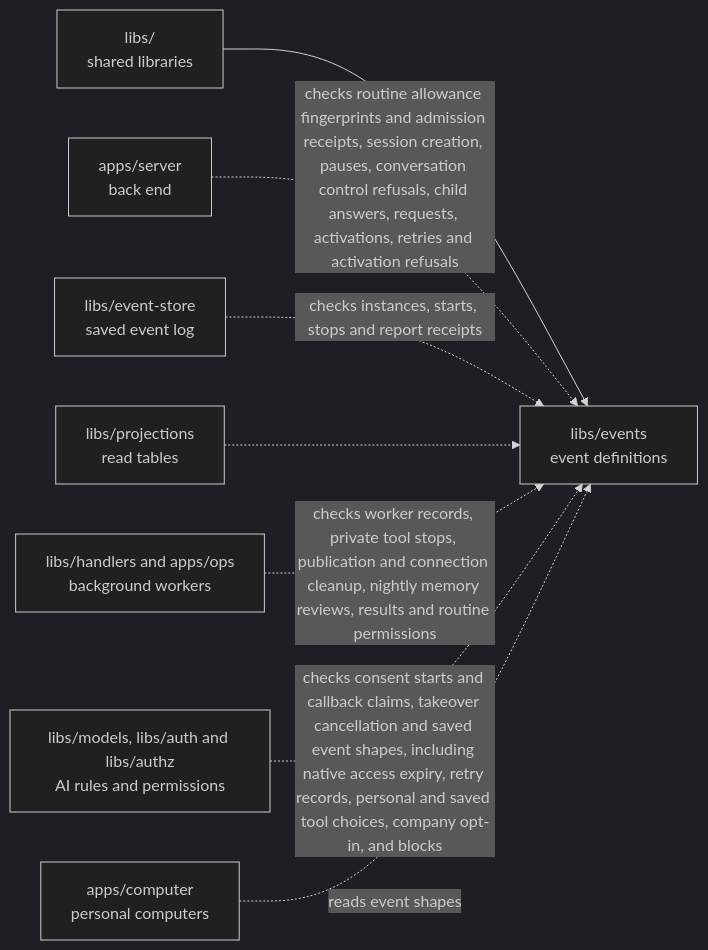
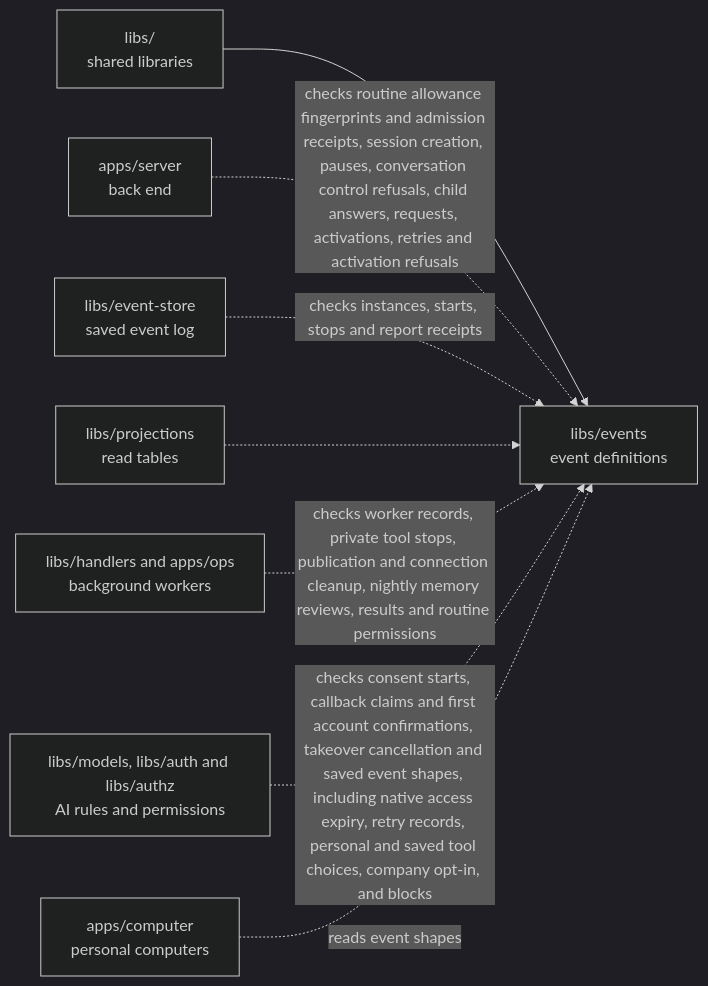
Before and after one commit to elewa-git/opencrane-new: the diagram in libs/events/README.md, drawn with Mermaid (dark theme). The commit also changed other lines of this file and 10 other files, not shown here.

First line of the commit message:
🔑 The first OAuth account generation is saved only after verification and fenced against access changes (#774)

````diff
--- a/libs/events/README.md
+++ b/libs/events/README.md
@@ -28,10 +28,10 @@
 ```mermaid
 flowchart LR
   parent["libs/<br/>shared libraries"] --> events["libs/events<br/>event definitions"]
   server["apps/server<br/>back end"] -.->|checks routine allowance fingerprints and admission receipts, session creation, pauses, conversation control refusals, child answers, requests, activations, retries and activation refusals| events
   store["libs/event-store<br/>saved event log"] -.->|checks instances, starts, stops and report receipts| events
   projections["libs/projections<br/>read tables"] -.-> events
   workers["libs/handlers and apps/ops<br/>background workers"] -.->|checks worker records, private tool stops, publication and connection cleanup, nightly memory reviews, results and routine permissions| events
-  models["libs/models, libs/auth and libs/authz<br/>AI rules and permissions"] -.->|checks consent starts and callback claims, takeover cancellation and saved event shapes, including native access expiry, retry records, personal and saved tool choices, company opt-in, and blocks| events
+  models["libs/models, libs/auth and libs/authz<br/>AI rules and permissions"] -.->|checks consent starts, callback claims and first account confirmations, takeover cancellation and saved event shapes, including native access expiry, retry records, personal and saved tool choices, company opt-in, and blocks| events
   computer["apps/computer<br/>personal computers"] -.->|reads event shapes| events
 ```
````
